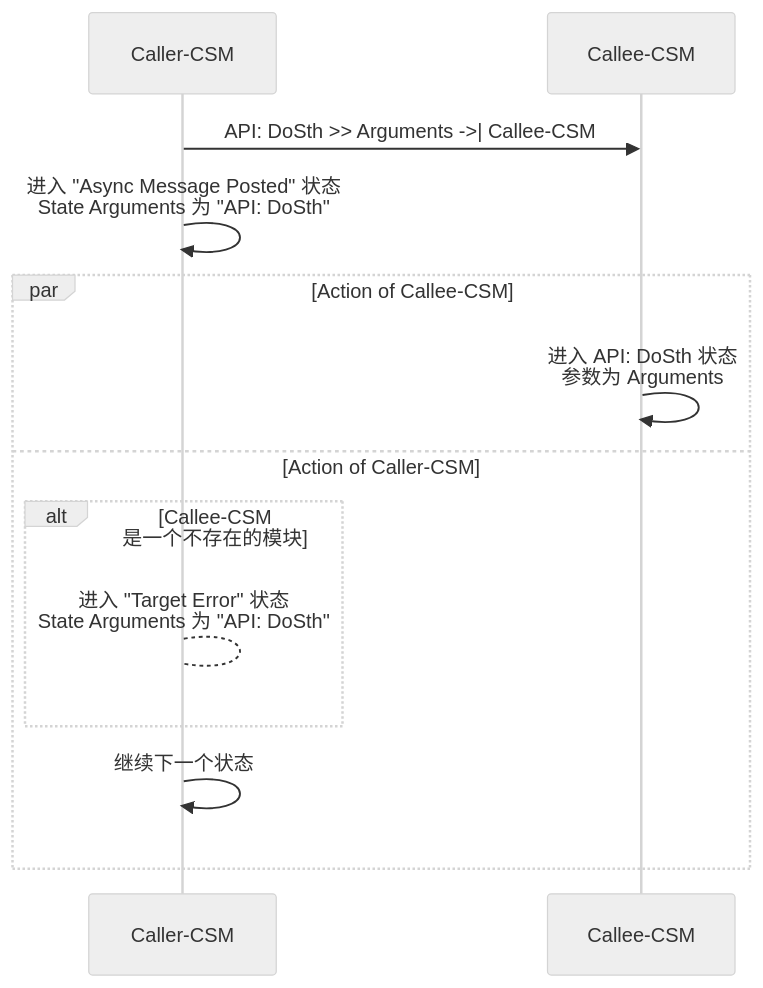
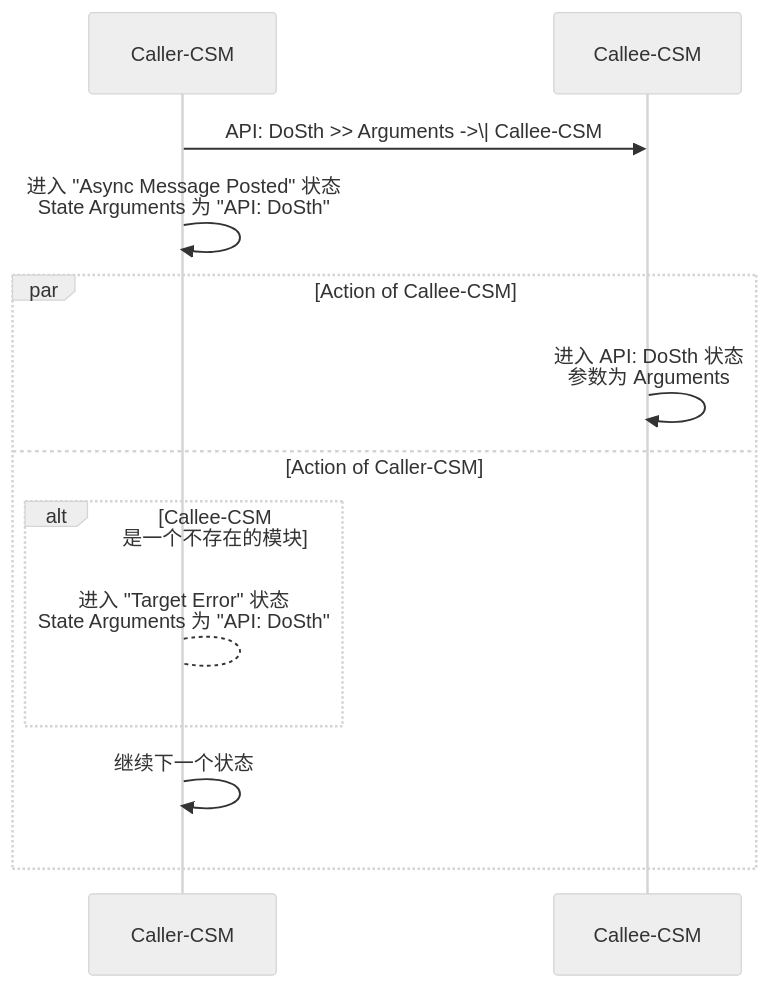
The third of 3 diagrams in _posts/zh/2023-12-29-communication.md (NEVSTOP-LAB/CSM-Wiki), drawn with Mermaid (neutral theme) before and after one commit. The commit also changed other lines of this file and 4 other files, not shown here.

````diff
--- a/_posts/zh/2023-12-29-communication.md
+++ b/_posts/zh/2023-12-29-communication.md
@@ -119,18 +119,18 @@
 ``` mermaid
 sequenceDiagram
-Caller-CSM ->> Callee-CSM: API: DoSth >> Arguments ->| Callee-CSM
+Caller-CSM ->> Callee-CSM: API: DoSth >> Arguments ->\| Callee-CSM
 
 Caller-CSM ->> Caller-CSM: 进入 "Async Message Posted" 状态 <br/> State Arguments 为 "API: DoSth"
 
 Par Action of Callee-CSM
 Callee-CSM ->> Callee-CSM: 进入 API: DoSth 状态 <br/> 参数为 Arguments
 
 and Action of Caller-CSM
 
 alt Callee-CSM 是一个不存在的模块
     Caller-CSM --> Caller-CSM: 进入 "Target Error" 状态 <br/> State Arguments 为 "API: DoSth"
 end
 Caller-CSM ->> Caller-CSM: 继续下一个状态
 
 End
 ```
````
